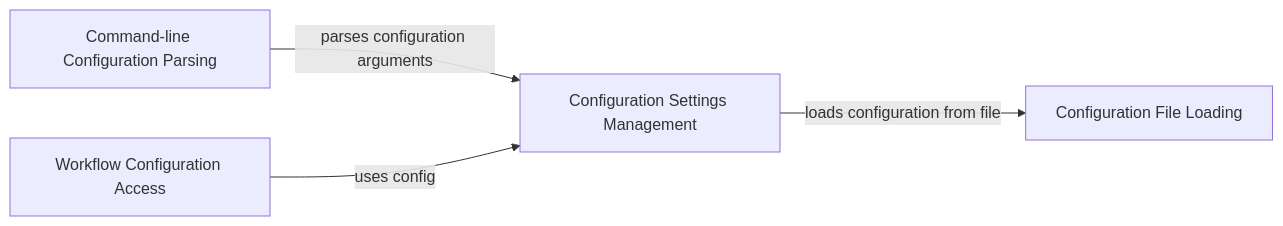
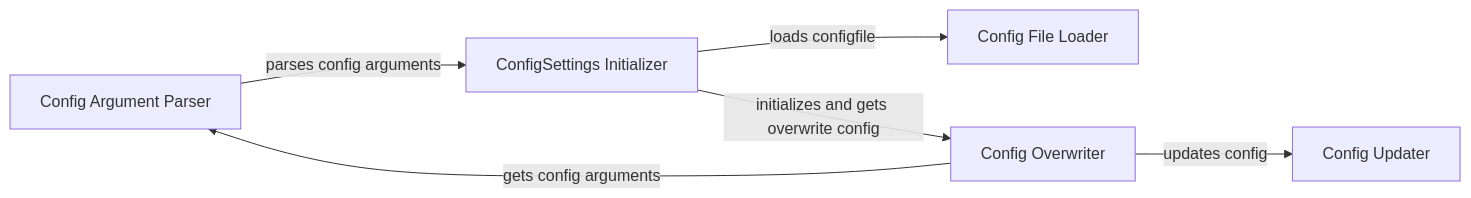
Before and after one commit to CodeBoarding/GeneratedOnBoardings: the diagram in snakemake/Configuration Management.md, drawn with Mermaid. The commit also changed other lines of this file and 11 other files, not shown here.

````diff
--- a/snakemake/Configuration Management.md
+++ b/snakemake/Configuration Management.md
@@ -1,10 +1,13 @@
 ```mermaid
 graph LR
-    Command_line_Configuration_Parsing["Command-line Configuration Parsing"]
-    Configuration_Settings_Management["Configuration Settings Management"]
-    Configuration_File_Loading["Configuration File Loading"]
-    Workflow_Configuration_Access["Workflow Configuration Access"]
-    Command_line_Configuration_Parsing -- "parses configuration arguments" --> Configuration_Settings_Management
-    Configuration_Settings_Management -- "loads configuration from file" --> Configuration_File_Loading
-    Workflow_Configuration_Access -- "uses config" --> Configuration_Settings_Management
+    Config_Argument_Parser["Config Argument Parser"]
+    ConfigSettings_Initializer["ConfigSettings Initializer"]
+    Config_File_Loader["Config File Loader"]
+    Config_Overwriter["Config Overwriter"]
+    Config_Updater["Config Updater"]
+    Config_Argument_Parser -- "parses config arguments" --> ConfigSettings_Initializer
+    ConfigSettings_Initializer -- "loads configfile" --> Config_File_Loader
+    ConfigSettings_Initializer -- "initializes and gets overwrite config" --> Config_Overwriter
+    Config_Overwriter -- "gets config arguments" --> Config_Argument_Parser
+    Config_Overwriter -- "updates config" --> Config_Updater
 ```
````
